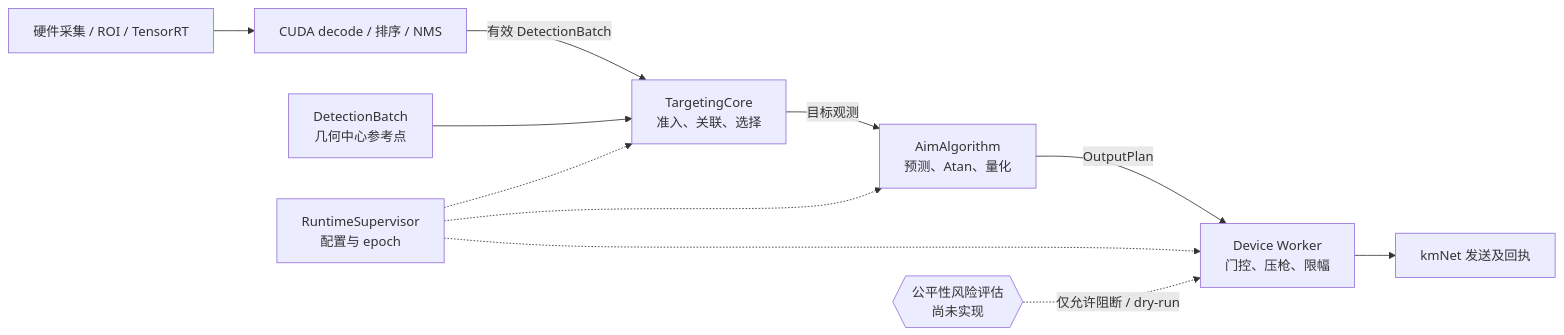
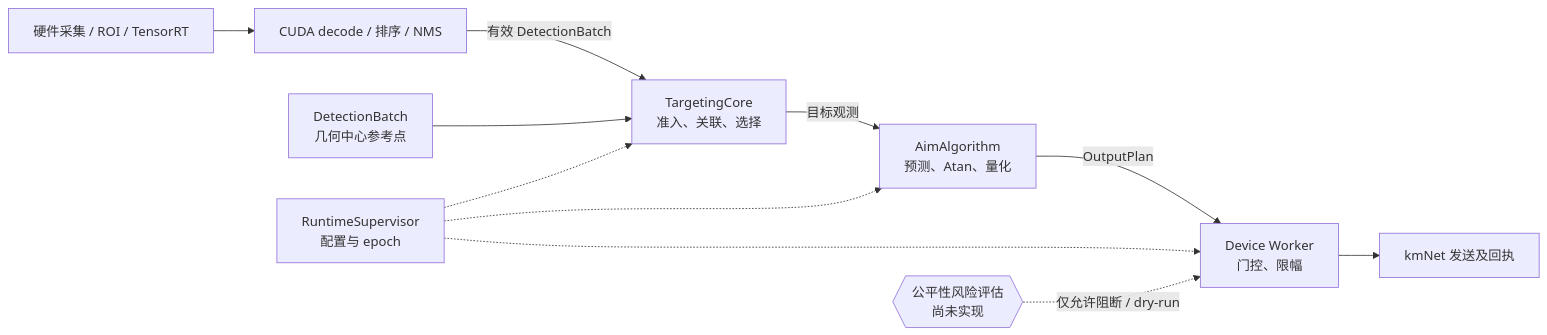
One commit to xi0yu/NovaSight changed the diagram in docs/algorithm-self-check-map.md. Above: the diagram before and after it, drawn with Mermaid. The commit also changed other lines of this file and 61 other files, not shown here.

````diff
--- a/docs/algorithm-self-check-map.md
+++ b/docs/algorithm-self-check-map.md
@@ -5,13 +5,13 @@
 ```mermaid
 flowchart LR
     I[硬件采集 / ROI / TensorRT] --> D[CUDA decode / 排序 / NMS]
     D -->|有效 DetectionBatch| T[TargetingCore<br/>准入、关联、选择]
     C[DetectionBatch<br/>几何中心参考点] --> T
     T -->|目标观测| A[AimAlgorithm<br/>预测、Atan、量化]
-    A -->|OutputPlan| O[Device Worker<br/>门控、压枪、限幅]
+    A -->|OutputPlan| O[Device Worker<br/>门控、限幅]
     O --> K[kmNet 发送及回执]
     R[RuntimeSupervisor<br/>配置与 epoch] -.-> T
     R -.-> A
     R -.-> O
     F{{公平性风险评估<br/>尚未实现}} -.->|仅允许阻断 / dry-run| O
 ```
````
